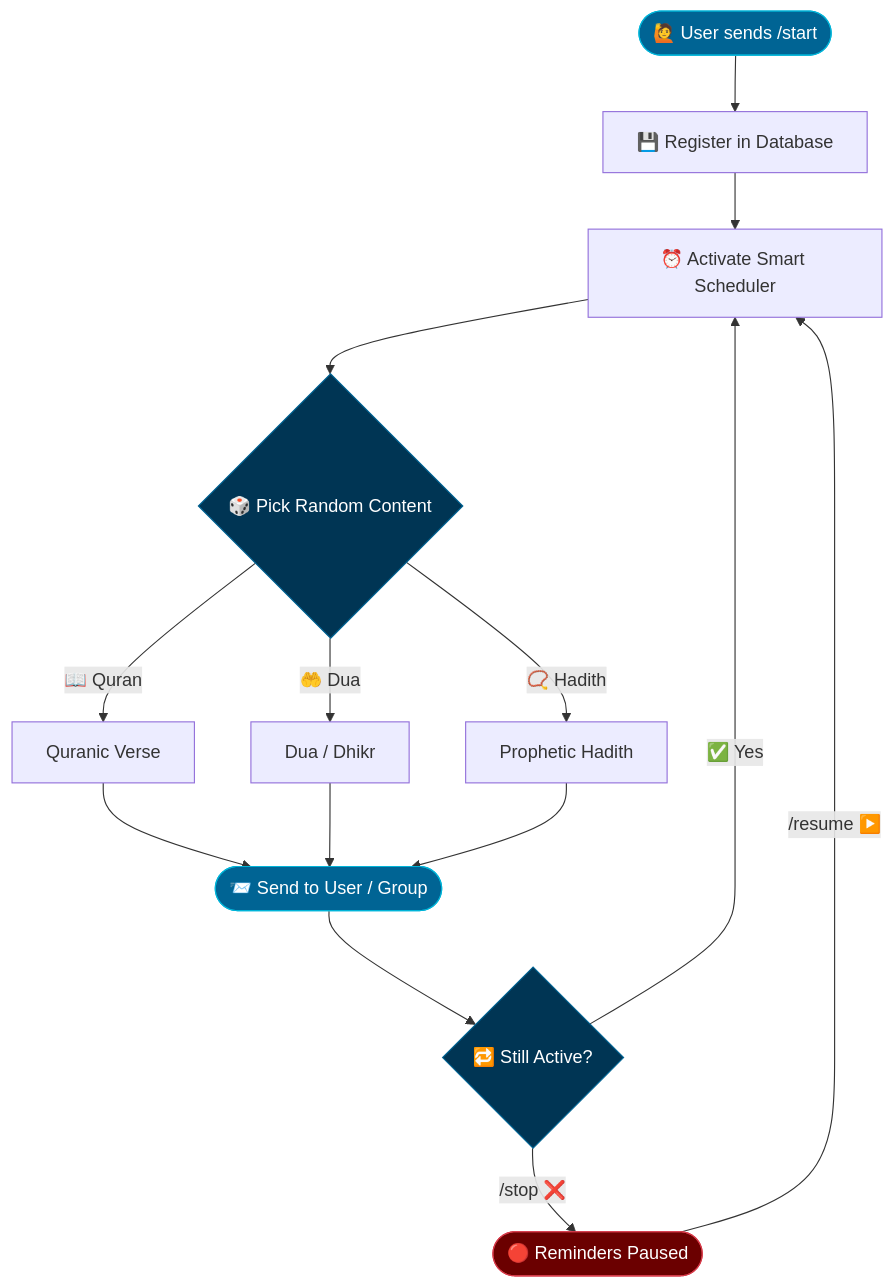
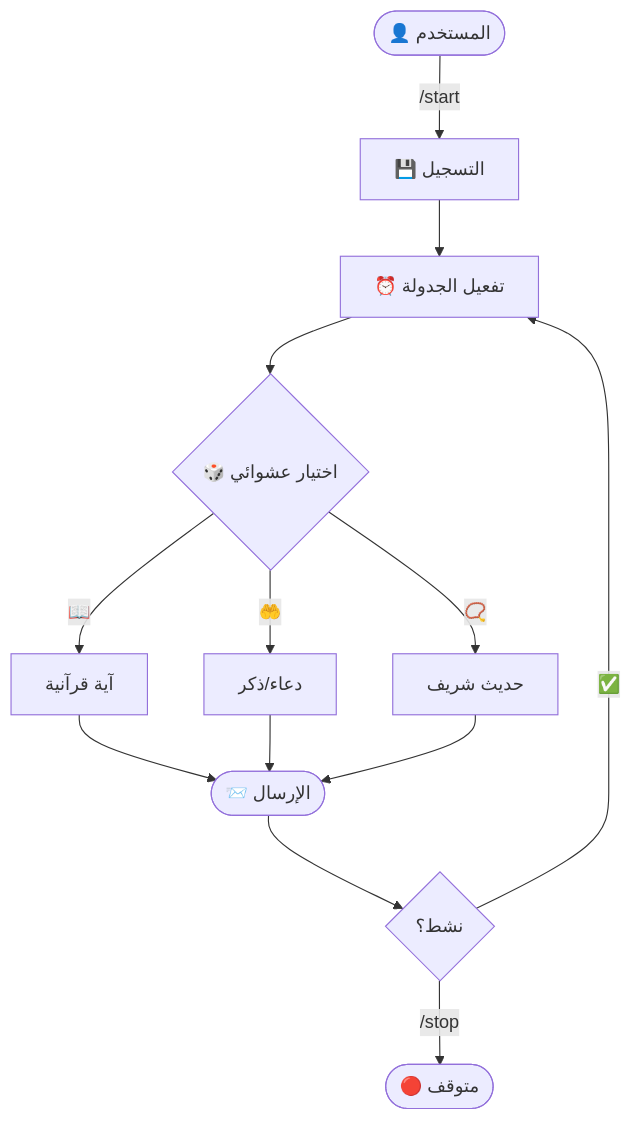
Before and after one commit to RamiDevX/Noorify_Bot: the diagram in README.md, drawn with Mermaid. The commit also changed other lines of this file, not shown here.

````diff
--- a/README.md
+++ b/README.md
@@ -91,20 +33,13 @@
 ```mermaid
 flowchart TD
-    A([🙋 User sends /start]) --> B[💾 Register in Database]
-    B --> C[⏰ Activate Smart Scheduler]
-    C --> D{🎲 Pick Random Content}
-    D -->|📖 Quran| E[Quranic Verse]
-    D -->|🤲 Dua| F[Dua / Dhikr]
-    D -->|📿 Hadith| G[Prophetic Hadith]
-    E & F & G --> H([📨 Send to User / Group])
-    H --> I{🔁 Still Active?}
-    I -->|✅ Yes| C
-    I -->|/stop ❌| J([🔴 Reminders Paused])
-    J -->|/resume ▶️| C
-
-    style A fill:#006494,stroke:#00B4D8,color:#fff,rx:20
-    style H fill:#006494,stroke:#00B4D8,color:#fff,rx:20
-    style J fill:#6B0000,stroke:#d73a49,color:#fff,rx:20
-    style D fill:#003554,stroke:#006494,color:#fff
-    style I fill:#003554,stroke:#006494,color:#fff
+    A([👤 المستخدم]) -->|/start| B[💾 التسجيل]
+    B --> C[⏰ تفعيل الجدولة]
+    C --> D{🎲 اختيار عشوائي}
+    D -->|📖| E[آية قرآنية]
+    D -->|🤲| F[دعاء/ذكر]
+    D -->|📿| G[حديث شريف]
+    E & F & G --> H([📨 الإرسال])
+    H --> I{نشط؟}
+    I -->|✅| C
+    I -->|/stop| J([🔴 متوقف])
 ```
````
